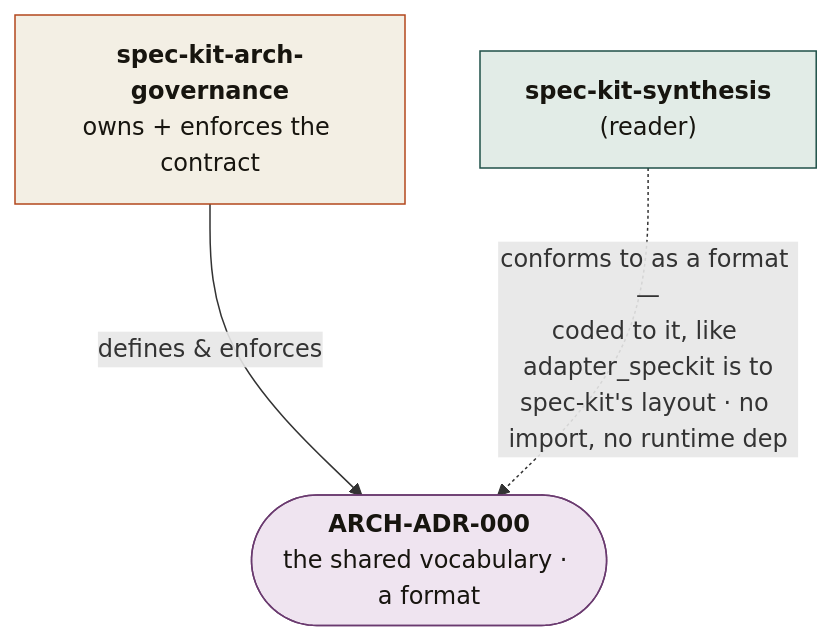
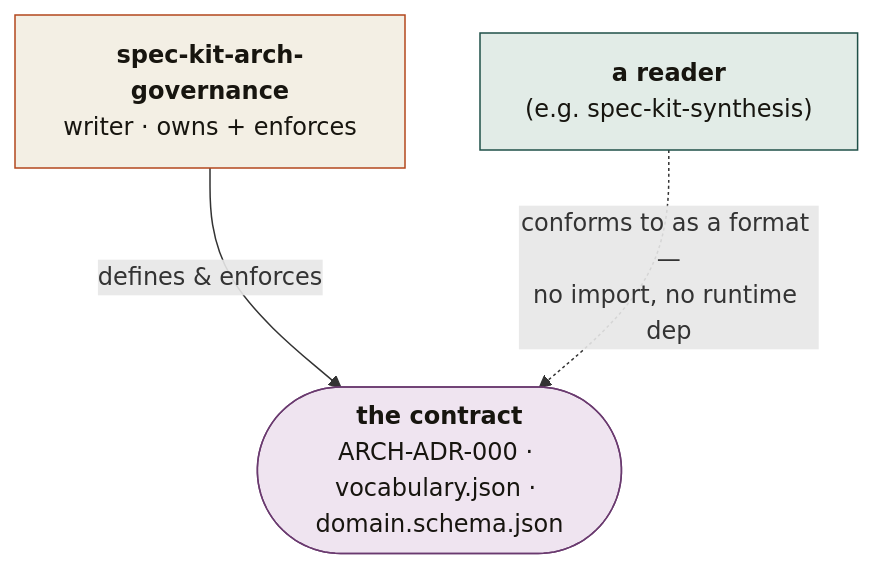
Before and after one commit to ashbrener/spec-kit-arch-governance: the third of 3 diagrams in README.md, drawn with Mermaid. The commit also changed other lines of this file, not shown here.

First line of the commit message:
docs(readme): comprehensive v1.0.0 README with mermaid diagrams (publish-readiness) (#11)

````diff
--- a/README.md
+++ b/README.md
@@ -25,13 +198,11 @@
 ```mermaid
 flowchart TD
-    G["<b>spec-kit-arch-governance</b><br/>owns + enforces the contract"]:::writer
-    C(["<b>ARCH-ADR-000</b><br/>the shared vocabulary · a format"]):::contract
-    S["<b>spec-kit-synthesis</b><br/>(reader)"]:::reader
-
+    G["<b>spec-kit-arch-governance</b><br/>writer · owns + enforces"]:::writer
+    C(["<b>the contract</b><br/>ARCH-ADR-000 · vocabulary.json · domain.schema.json"]):::contract
+    R["<b>a reader</b><br/>(e.g. spec-kit-synthesis)"]:::reader
     G -->|defines &amp; enforces| C
-    S -.->|"conforms to as a format —<br/>coded to it, like adapter_speckit is to<br/>spec-kit's layout · no import, no runtime dep"| C
-
+    R -.->|"conforms to as a format —<br/>no import, no runtime dep"| C
     classDef writer fill:#f3efe4,stroke:#b3471d,color:#17150f
     classDef contract fill:#efe4f0,stroke:#6a3a6f,color:#17150f
     classDef reader fill:#e2ece7,stroke:#1f5048,color:#17150f
 ```
````
